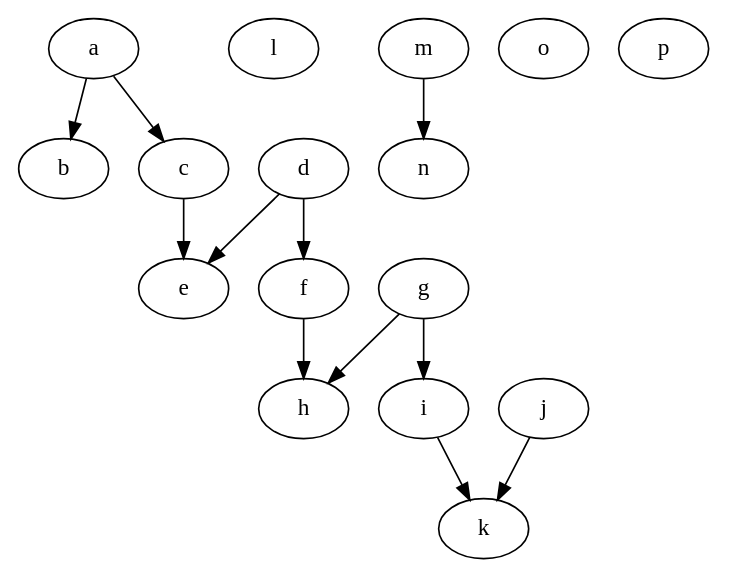
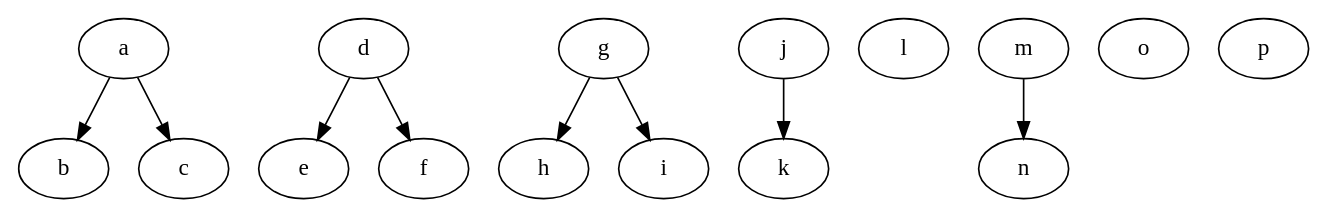
One commit to JohPa8696/Softeng306-Project1 changed the diagram in resources/Nodes_15_Random.dot. Above: the diagram before and after it, drawn with Graphviz. The commit also changed 1 other file, not shown here.

```diff
--- a/resources/Nodes_15_Random.dot
+++ b/resources/Nodes_15_Random.dot
@@ -1,29 +1,26 @@
 digraph "Nodes_15_Random"{
 	a	 [Weight=50];
 	b	 [Weight=70];
 	c	 [Weight=20];
 	d	 [Weight=5];
 	e	 [Weight=12];
 	f	 [Weight=45];
 	g	 [Weight=5];
 	h	 [Weight=23];
 	i	 [Weight=2];
 	j	 [Weight=19];
 	k	 [Weight=10];
 	l	 [Weight=23];
 	m	 [Weight=12];
 	n	 [Weight=42];
 	o	 [Weight=13];
 	p	 [Weight=13];
 	a -> b	 [Weight=7];
 	a -> c	 [Weight=12];
-	c -> e	 [Weight=20];
 	d -> e	 [Weight=15];
 	d -> f	 [Weight=10];
-	f -> h	 [Weight=12];
 	g -> h	 [Weight=7];
 	g -> i	 [Weight=5];
-	i -> k	 [Weight=7];
 	j -> k	 [Weight=13];
 	m -> n	 [Weight=20];
 }
```
